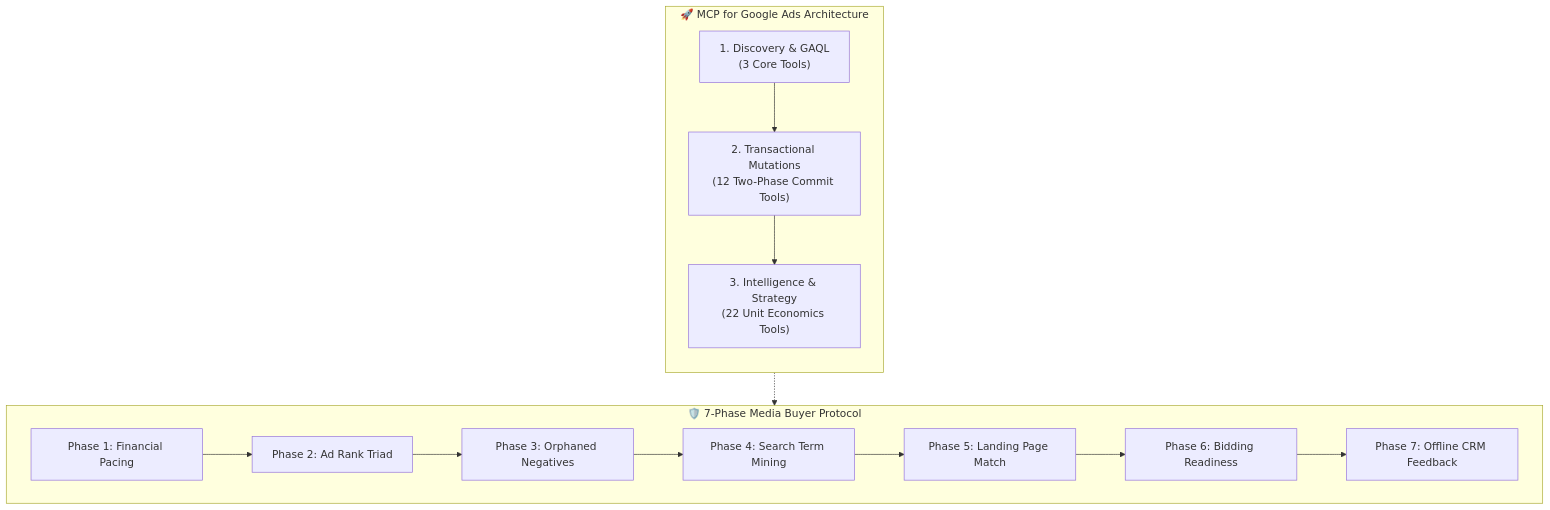
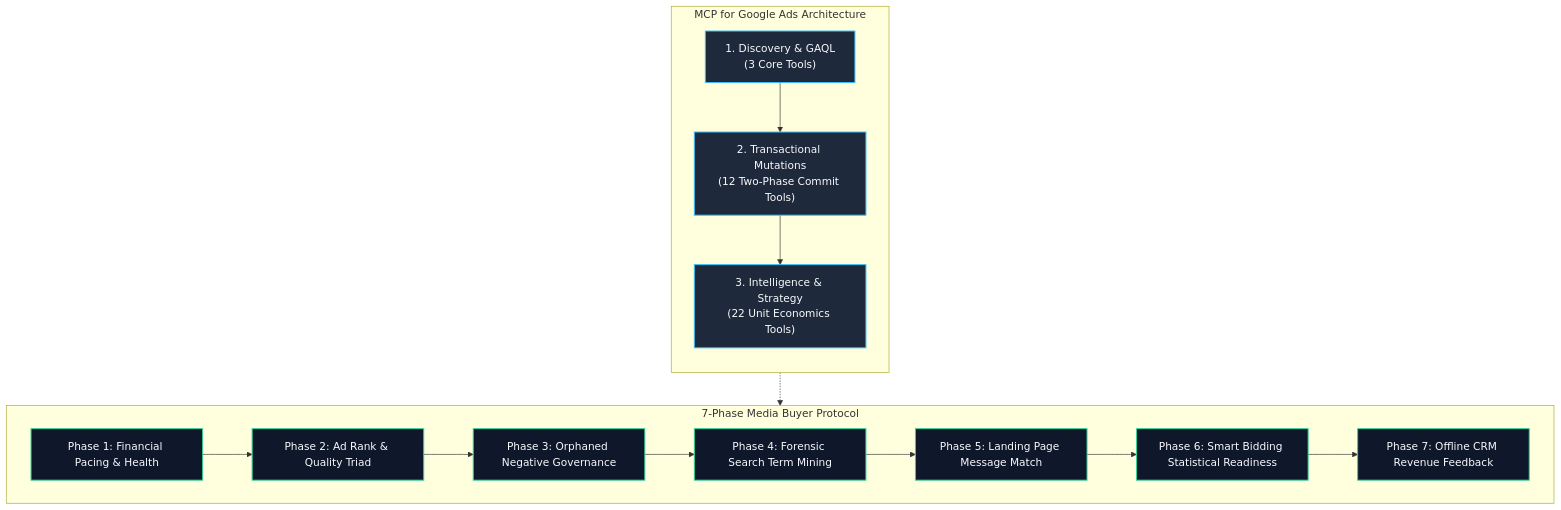
The diagram in README.md (eddvasquez/mcp-for-google-ads), drawn with Mermaid before and after one commit. The commit also changed other lines of this file and 1 other file, not shown here.

Commit message:
docs: reestructurar copy bajo metodologia Interlude para Media Buyers no programadores, blindaje de tarjeta y eliminacion de barreras tecnicas

````diff
--- a/README.md
+++ b/README.md
@@ -62,19 +117,24 @@
 ```mermaid
 flowchart TD
-    subgraph Engine ["🚀 MCP for Google Ads Architecture"]
+    subgraph Engine ["MCP for Google Ads Architecture"]
         direction TB
         A["1. Discovery & GAQL<br>(3 Core Tools)"] --> B["2. Transactional Mutations<br>(12 Two-Phase Commit Tools)"]
         B --> C["3. Intelligence & Strategy<br>(22 Unit Economics Tools)"]
     end
 
-    subgraph Workflow ["🛡️ 7-Phase Media Buyer Protocol"]
-        W1["Phase 1: Financial Pacing"] --> W2["Phase 2: Ad Rank Triad"]
-        W2 --> W3["Phase 3: Orphaned Negatives"]
-        W3 --> W4["Phase 4: Search Term Mining"]
-        W4 --> W5["Phase 5: Landing Page Match"]
-        W5 --> W6["Phase 6: Bidding Readiness"]
-        W6 --> W7["Phase 7: Offline CRM Feedback"]
+    subgraph Workflow ["7-Phase Media Buyer Protocol"]
+        W1["Phase 1: Financial Pacing & Health"] --> W2["Phase 2: Ad Rank & Quality Triad"]
+        W2 --> W3["Phase 3: Orphaned Negative Governance"]
+        W3 --> W4["Phase 4: Forensic Search Term Mining"]
+        W4 --> W5["Phase 5: Landing Page Message Match"]
+        W5 --> W6["Phase 6: Smart Bidding Statistical Readiness"]
+        W6 --> W7["Phase 7: Offline CRM Revenue Feedback"]
     end
 
     Engine -.-> Workflow
+
+    classDef core fill:#1e293b,stroke:#38bdf8,stroke-width:1.5px,color:#f8fafc;
+    classDef flow fill:#0f172a,stroke:#34d399,stroke-width:1.5px,color:#f8fafc;
+    class A,B,C core;
+    class W1,W2,W3,W4,W5,W6,W7 flow;
 ```
````
